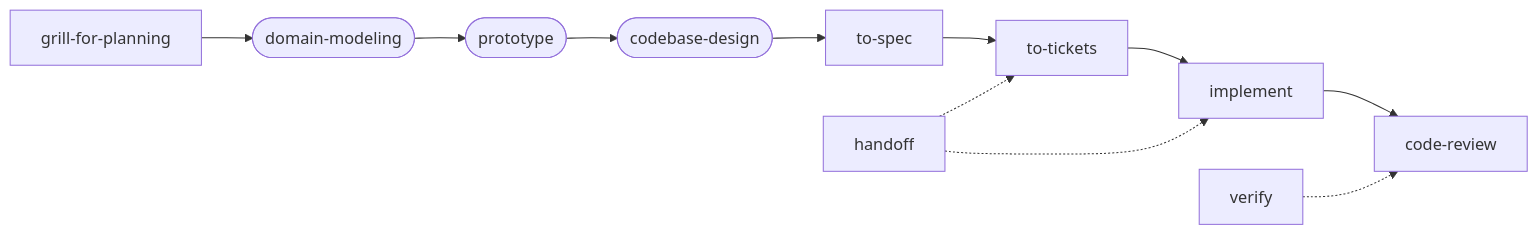
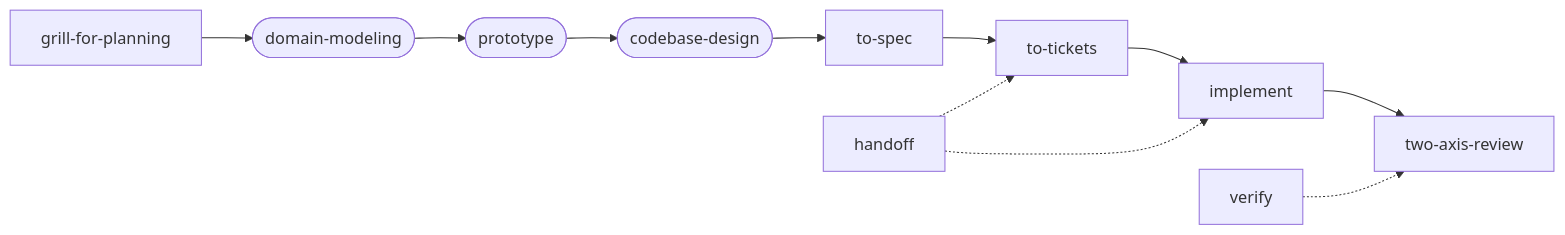
The diagram in README.md (dannybrown37/skill-tree), drawn with Mermaid before and after one commit. The commit also changed other lines of this file and 6 other files, not shown here.

Commit message:
fix: rename duplicated /code-review to /two-axis-review; add an eval for it (#13)

````diff
--- a/README.md
+++ b/README.md
@@ -13,6 +13,6 @@
 ```mermaid
 flowchart LR
-    grill[grill-for-planning] --> domain([domain-modeling]) --> proto([prototype]) --> design([codebase-design]) --> spec[to-spec] --> tickets[to-tickets] --> impl[implement] --> review[code-review]
+    grill[grill-for-planning] --> domain([domain-modeling]) --> proto([prototype]) --> design([codebase-design]) --> spec[to-spec] --> tickets[to-tickets] --> impl[implement] --> review[two-axis-review]
     handoff[handoff] -.-> tickets & impl
     verify[verify] -.-> review
 ```
````
